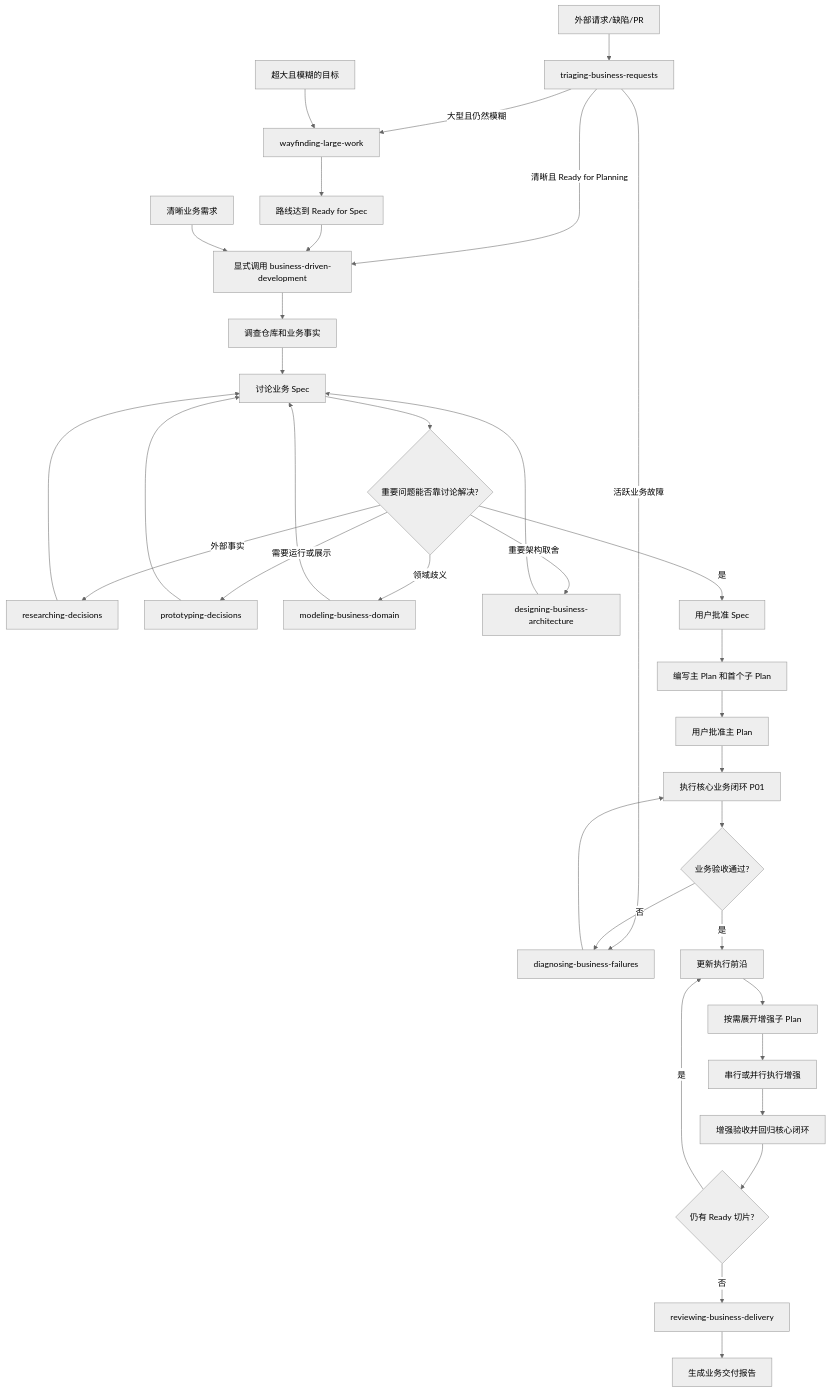
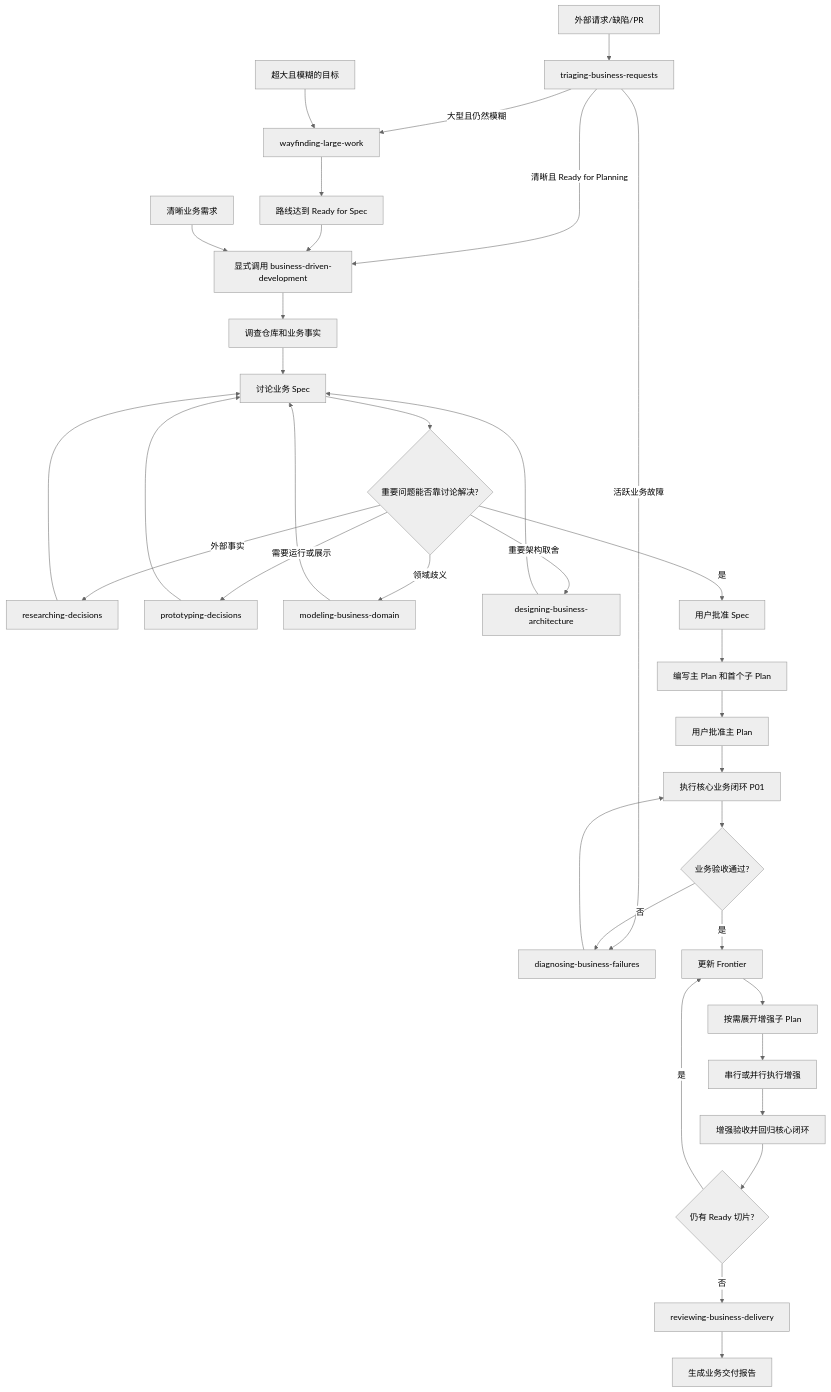
The diagram in SKILL-WORKFLOW.md (JeckChen666/Easypower), drawn with Mermaid (neutral theme) before and after one commit. The commit also changed other lines of this file and 58 other files, not shown here.

````diff
--- a/SKILL-WORKFLOW.md
+++ b/SKILL-WORKFLOW.md
@@ -25,37 +25,37 @@
 ```mermaid
 flowchart TD
     R[外部请求/缺陷/PR] --> T[triaging-business-requests]
     T -- 清晰且 Ready for Planning --> B
     T -- 大型且仍然模糊 --> W
     T -- 活跃业务故障 --> K
     Z[超大且模糊的目标] --> W[wayfinding-large-work]
     W --> A[路线达到 Ready for Spec]
     A --> B[显式调用 business-driven-development]
     Y[清晰业务需求] --> B
     B --> B1[调查仓库和业务事实]
     B1 --> C[讨论业务 Spec]
     C --> D{重要问题能否靠讨论解决?}
     D -- 外部事实 --> E[researching-decisions]
     D -- 需要运行或展示 --> E3[prototyping-decisions]
     D -- 领域歧义 --> E4[modeling-business-domain]
     D -- 重要架构取舍 --> E2[designing-business-architecture]
     E --> C
     E3 --> C
     E4 --> C
     E2 --> C
     D -- 是 --> F[用户批准 Spec]
     F --> G[编写主 Plan 和首个子 Plan]
     G --> H[用户批准主 Plan]
     H --> I[执行核心业务闭环 P01]
     I --> J{业务验收通过?}
     J -- 否 --> K[diagnosing-business-failures]
     K --> I
-    J -- 是 --> L[更新执行前沿]
+    J -- 是 --> L[更新 Frontier]
     L --> M[按需展开增强子 Plan]
     M --> N[串行或并行执行增强]
     N --> O[增强验收并回归核心闭环]
     O --> P{仍有 Ready 切片?}
     P -- 是 --> L
     P -- 否 --> V[reviewing-business-delivery]
     V --> Q[生成业务交付报告]
 ```
````
